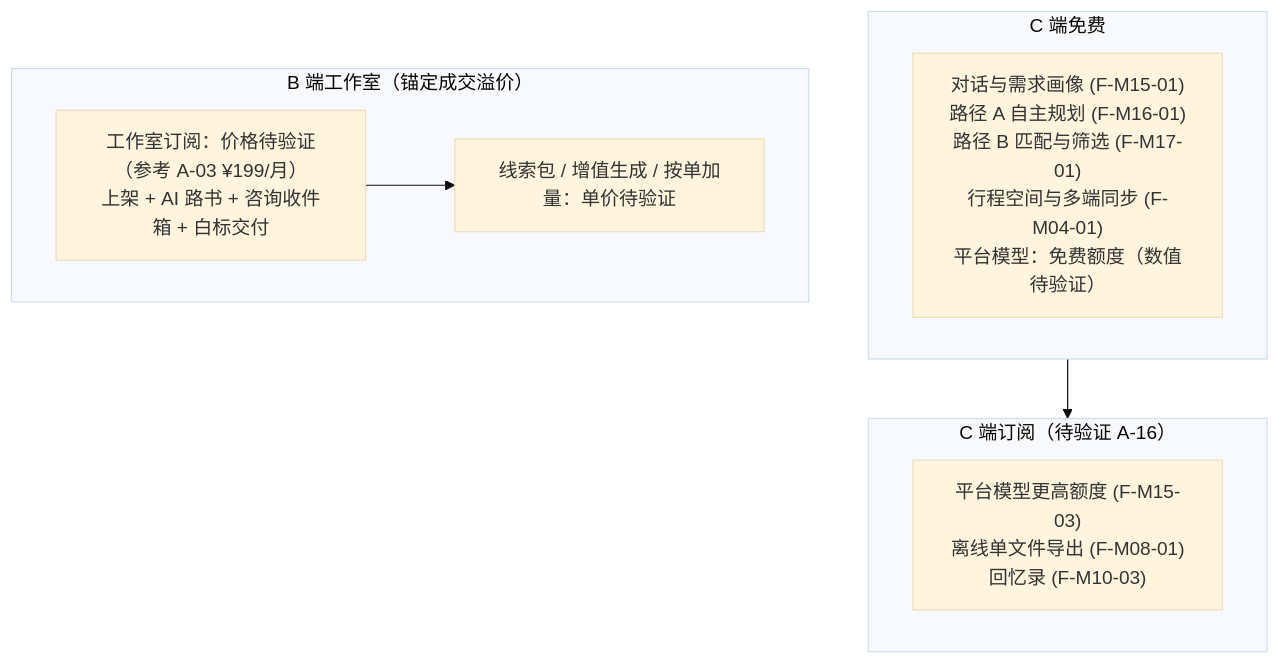
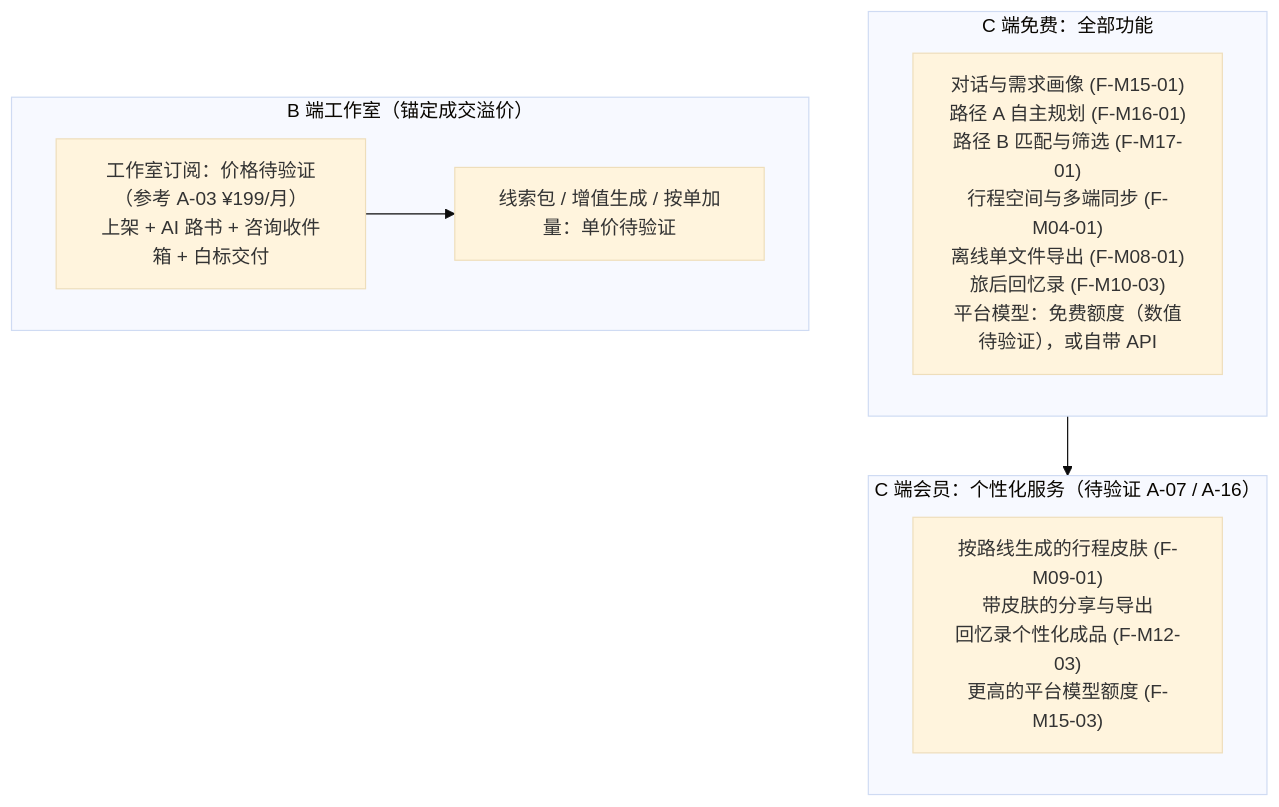
One commit to JohnMaxwell0123/TripCraft changed the first of 2 diagrams in docs/product/PRD-05-business-model.md. Above: the diagram before and after it, drawn with Mermaid (base theme). The commit also changed other lines of this file and 6 other files, not shown here.

````diff
--- a/docs/product/PRD-05-business-model.md
+++ b/docs/product/PRD-05-business-model.md
@@ -41,18 +40,18 @@
 ```mermaid
 flowchart TD
-    subgraph FREE["C 端免费"]
-        C_FREE["对话与需求画像 (F-M15-01)<br/>路径 A 自主规划 (F-M16-01)<br/>路径 B 匹配与筛选 (F-M17-01)<br/>行程空间与多端同步 (F-M04-01)<br/>平台模型：免费额度（数值待验证）"]
+    subgraph FREE["C 端免费：全部功能"]
+        C_FREE["对话与需求画像 (F-M15-01)<br/>路径 A 自主规划 (F-M16-01)<br/>路径 B 匹配与筛选 (F-M17-01)<br/>行程空间与多端同步 (F-M04-01)<br/>离线单文件导出 (F-M08-01)<br/>旅后回忆录 (F-M10-03)<br/>平台模型：免费额度（数值待验证），或自带 API"]
     end
 
-    subgraph C_PAID["C 端订阅（待验证 A-16）"]
-        C_SUB["平台模型更高额度 (F-M15-03)<br/>离线单文件导出 (F-M08-01)<br/>回忆录 (F-M10-03)"]
+    subgraph C_PAID["C 端会员：个性化服务（待验证 A-07 / A-16）"]
+        C_SUB["按路线生成的行程皮肤 (F-M09-01)<br/>带皮肤的分享与导出<br/>回忆录个性化成品 (F-M12-03)<br/>更高的平台模型额度 (F-M15-03)"]
     end
 
     subgraph B_PAID["B 端工作室（锚定成交溢价）"]
         B_SUB["工作室订阅：价格待验证（参考 A-03 ¥199/月）<br/>上架 + AI 路书 + 咨询收件箱 + 白标交付"]
         B_ADD["线索包 / 增值生成 / 按单加量：单价待验证"]
     end
 
     FREE --> C_PAID
     B_SUB --> B_ADD
 ```
````
